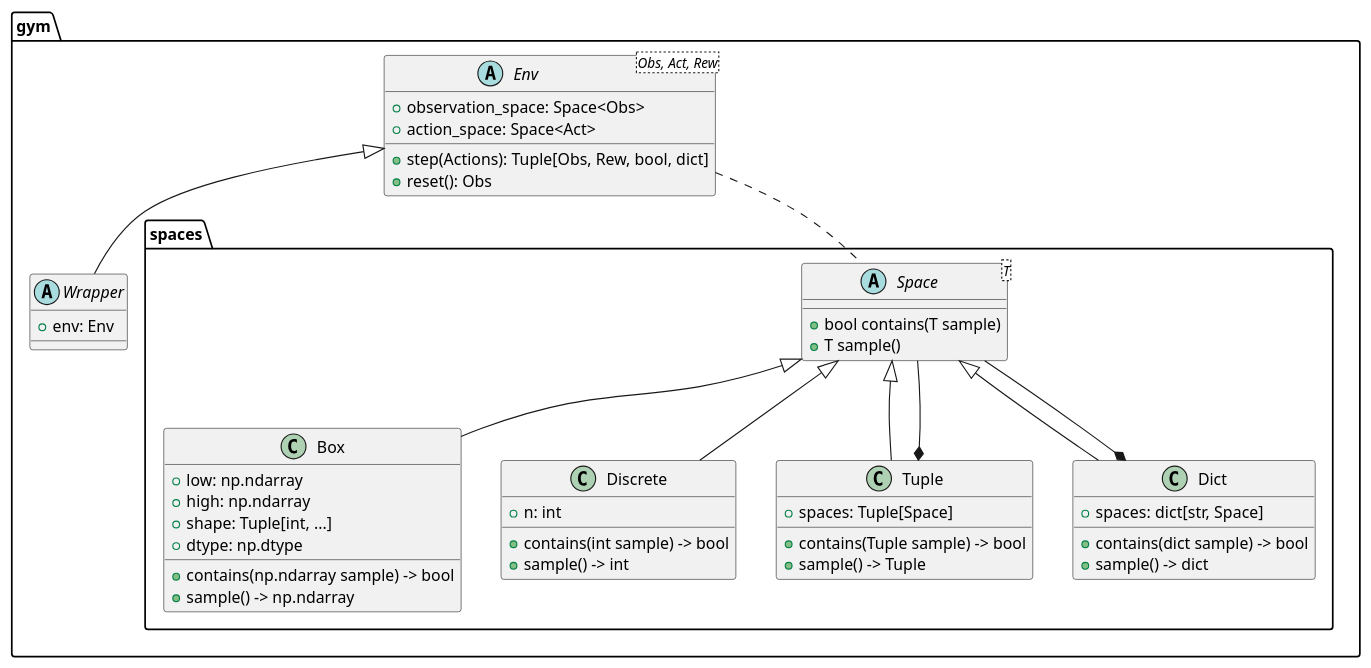
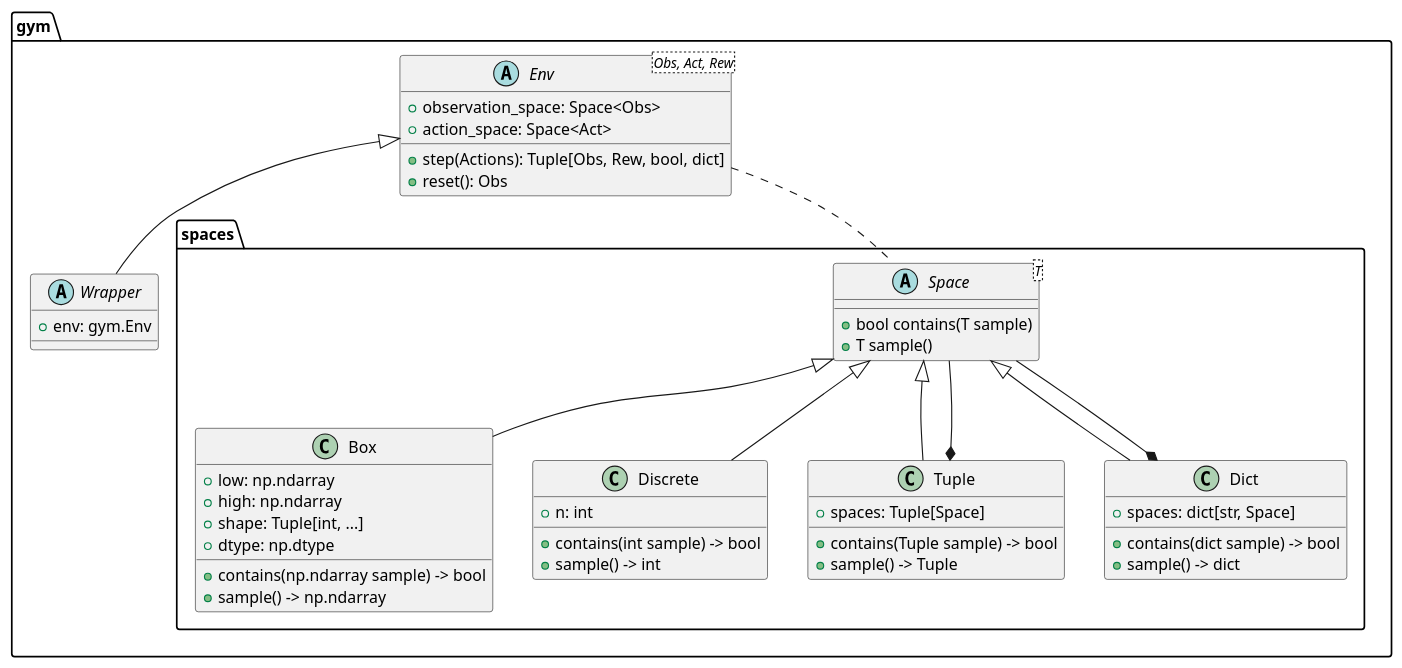
One commit to lebrice/Sequoia changed the diagram in docs/diagrams/src/gym.puml. Above: the diagram before and after it, drawn with PlantUML. The commit also changed 43 other files, not shown here.

```diff
--- a/docs/diagrams/src/gym.puml
+++ b/docs/diagrams/src/gym.puml
@@ -1,55 +1,55 @@
 @startuml gym
 
 package gym {
     package spaces as gym.spaces {
         abstract class Space<T> {
             + bool contains(T sample) 
             + T sample()
         }
 
         class Box extends Space {
             + low: np.ndarray
             + high: np.ndarray
             + shape: Tuple[int, ...]
             + dtype: np.dtype
             + contains(np.ndarray sample) -> bool
             + sample() -> np.ndarray
         }
 
         class Discrete extends Space {
             + n: int
             + contains(int sample) -> bool
             + sample() -> int
         }
 
         class Tuple extends Space {
             + spaces: Tuple[Space]
             + contains(Tuple sample) -> bool
             + sample() -> Tuple
         }
         ' Tuple spaces contain other spaces.
         Tuple *--  Space
 
         class Dict extends Space {
             + spaces: dict[str, Space]
             + contains(dict sample) -> bool
             + sample() -> dict
         }
         ' Same for Dicts.
         Dict *--  Space
     }
 
-    abstract class Env<Obs, Act, Rew>{
+    abstract class gym.Env<Obs, Act, Rew> {
         + observation_space: Space<Obs>
         + action_space: Space<Act> 
         + step(Actions): Tuple[Obs, Rew, bool, dict]
         + reset(): Obs
     }
-    Env .. Space
+    gym.Env .. Space
 
-    abstract class Wrapper extends Env{
-        + env: Env
+    abstract class Wrapper extends gym.Env{
+        + env: gym.Env
     }
 }
 
 @enduml
```
